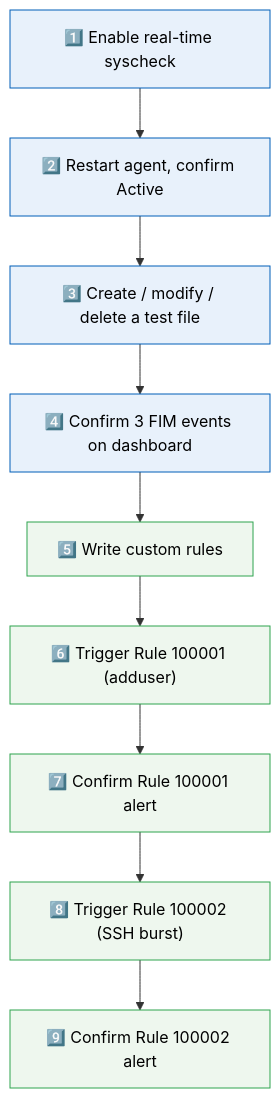
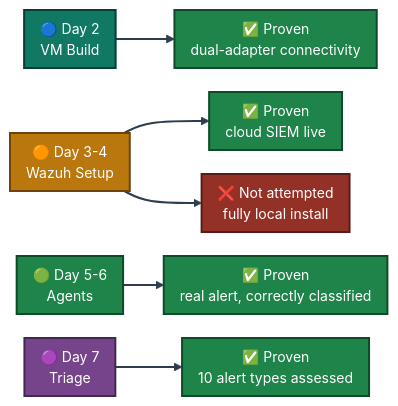
The third of 4 diagrams in 3-Advanced-Cyber-Projects/README.md (malaika-azhar/Cybersecurity-Lab-Projects), drawn with Mermaid before and after one commit. The commit also changed other lines of this file, not shown here.

````diff
--- a/3-Advanced-Cyber-Projects/README.md
+++ b/3-Advanced-Cyber-Projects/README.md
@@ -85,21 +368,16 @@
 ```mermaid
-flowchart TD
-    S1["1️⃣ Enable real-time syscheck"] --> S2["2️⃣ Restart agent, confirm Active"]
-    S2 --> S3["3️⃣ Create / modify / delete a test file"]
-    S3 --> S4["4️⃣ Confirm 3 FIM events on dashboard"]
-    S4 --> S5["5️⃣ Write custom rules"]
-    S5 --> S6["6️⃣ Trigger Rule 100001 (adduser)"]
-    S6 --> S7["7️⃣ Confirm Rule 100001 alert"]
-    S7 --> S8["8️⃣ Trigger Rule 100002 (SSH burst)"]
-    S8 --> S9["9️⃣ Confirm Rule 100002 alert"]
-
-    style S1 fill:#e8f1fb,stroke:#005EB8,color:#000
-    style S2 fill:#e8f1fb,stroke:#005EB8,color:#000
-    style S3 fill:#e8f1fb,stroke:#005EB8,color:#000
-    style S4 fill:#e8f1fb,stroke:#005EB8,color:#000
-    style S5 fill:#eef7ee,stroke:#2ea44f,color:#000
-    style S6 fill:#eef7ee,stroke:#2ea44f,color:#000
-    style S7 fill:#eef7ee,stroke:#2ea44f,color:#000
-    style S8 fill:#eef7ee,stroke:#2ea44f,color:#000
-    style S9 fill:#eef7ee,stroke:#2ea44f,color:#000
+%%{init: {'theme': 'base', 'themeVariables': {'fontSize': '14px'}, 'flowchart': {'nodeSpacing': 24, 'rankSpacing': 34, 'padding': 8}}}%%
+flowchart LR
+    D2["🔵 Day 2<br/>VM Build"]:::d2 --> P1["✅ Proven<br/>dual-adapter connectivity"]:::ok
+    D34["🟠 Day 3-4<br/>Wazuh Setup"]:::d34 --> P2["✅ Proven<br/>cloud SIEM live"]:::ok
+    D34 --> N2["❌ Not attempted<br/>fully local install"]:::bad
+    D56["🟢 Day 5-6<br/>Agents"]:::d56 --> P3["✅ Proven<br/>real alert, correctly classified"]:::ok
+    D7["🟣 Day 7<br/>Triage"]:::d7 --> P4["✅ Proven<br/>10 alert types assessed"]:::ok
+    classDef d2 fill:#117864,stroke:#083D33,stroke-width:2px,color:#FFFFFF
+    classDef d34 fill:#B9770E,stroke:#6E4409,stroke-width:2px,color:#FFFFFF
+    classDef d56 fill:#1E8449,stroke:#0E4A28,stroke-width:2px,color:#FFFFFF
+    classDef d7 fill:#76448A,stroke:#432752,stroke-width:2px,color:#FFFFFF
+    classDef ok fill:#1E8449,stroke:#0E4A28,stroke-width:2px,color:#FFFFFF
+    classDef bad fill:#943126,stroke:#571C16,stroke-width:2px,color:#FFFFFF
+    linkStyle default stroke:#2C3E50,stroke-width:2px
 ```
````
